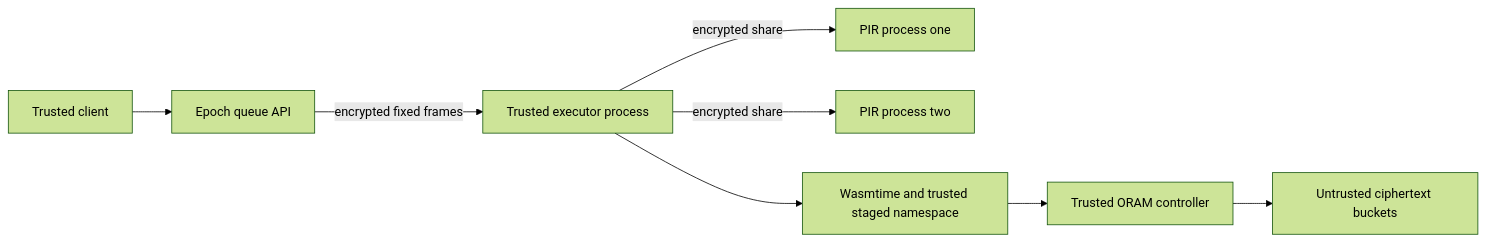
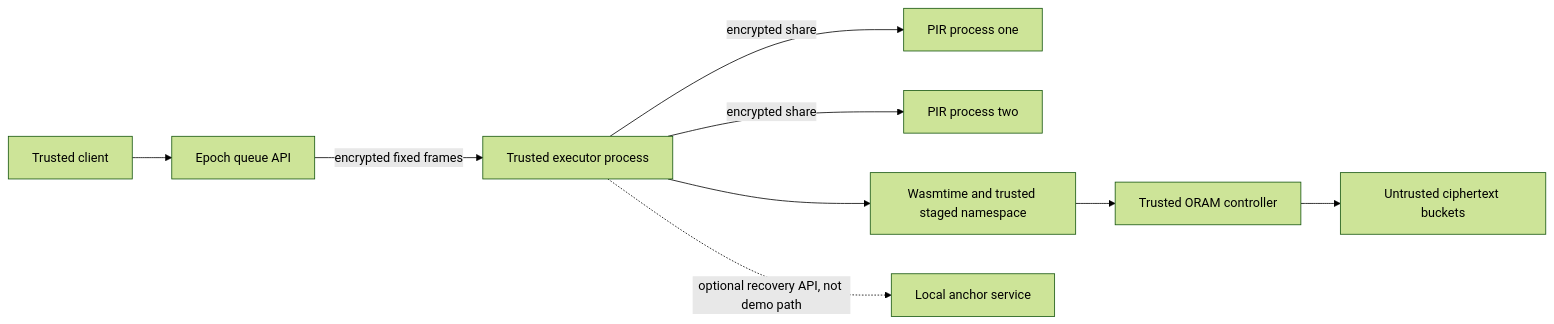
One commit to dumbly-smart/Oblivion changed the diagram in docs/THREAT_MODEL.md. Above: the diagram before and after it, drawn with Mermaid (forest theme). The commit also changed other lines of this file and 11 other files, not shown here.

Commit message:
feat(anchor): add local unix socket service

````diff
--- a/docs/THREAT_MODEL.md
+++ b/docs/THREAT_MODEL.md
@@ -9,10 +9,11 @@
 ```mermaid
 flowchart LR
   C[Trusted client] --> Q[Epoch queue API]
   Q -->|encrypted fixed frames| E[Trusted executor process]
   E -->|encrypted share| P1[PIR process one]
   E -->|encrypted share| P2[PIR process two]
   E --> W[Wasmtime and trusted staged namespace]
   W --> O[Trusted ORAM controller]
   O --> S[Untrusted ciphertext buckets]
+  E -. optional recovery API, not demo path .-> A[Local anchor service]
 ```
````
